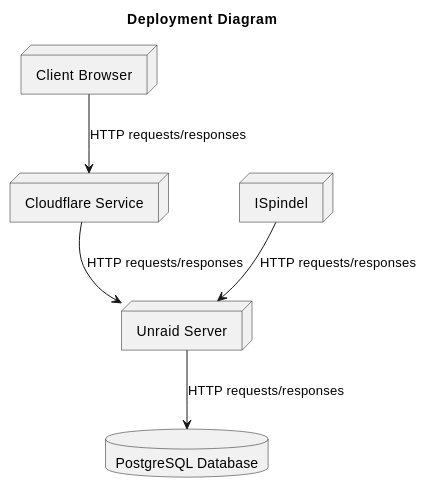
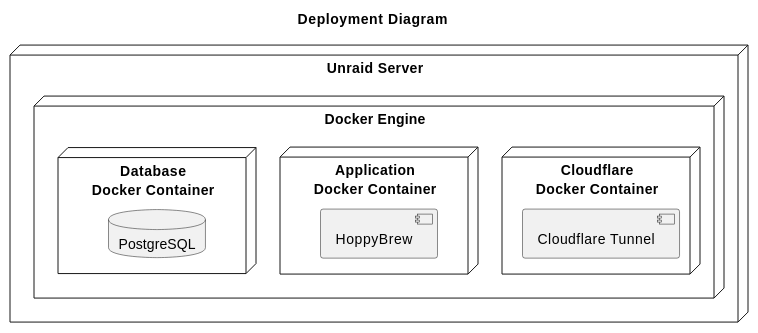
Before and after one commit to asbor/iu-project-software-engineering: the eighth of 8 diagrams in documents/01-Conception-Phase/00-HoppyBrew.md, drawn with PlantUML. The commit also changed 3 other files, not shown here.

```diff
--- a/documents/01-Conception-Phase/00-HoppyBrew.md
+++ b/documents/01-Conception-Phase/00-HoppyBrew.md
@@ -863,15 +863,20 @@
 @startuml 08-Deployment-View
 title Deployment Diagram
 
-node "Client Browser" as client
-node "ISpindel" as ispindel
-node "Cloudflare Service" as cloudflare
-node "Unraid Server" as unraid
-database "PostgreSQL Database" as postgres
+node "Unraid Server" {
+    node "Docker Engine" {
+        node "Cloudflare\nDocker Container" {
+            component "Cloudflare Tunnel" as cloudflareTunnel
+        }
 
-client --> cloudflare : HTTP requests/responses
-cloudflare --> unraid : HTTP requests/responses
-ispindel --> unraid : HTTP requests/responses
-unraid --> postgres : HTTP requests/responses
+        node "Application\nDocker Container" {
+            component "HoppyBrew" as hoppybrew
+        }
+
+        node "Database\nDocker Container" {
+            database "PostgreSQL" as postgres
+        }
+    }
+}
 
 @enduml
```
